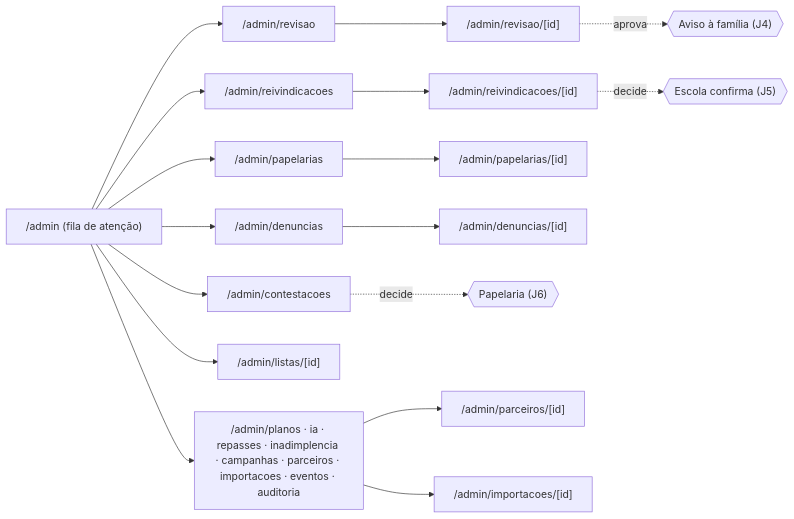
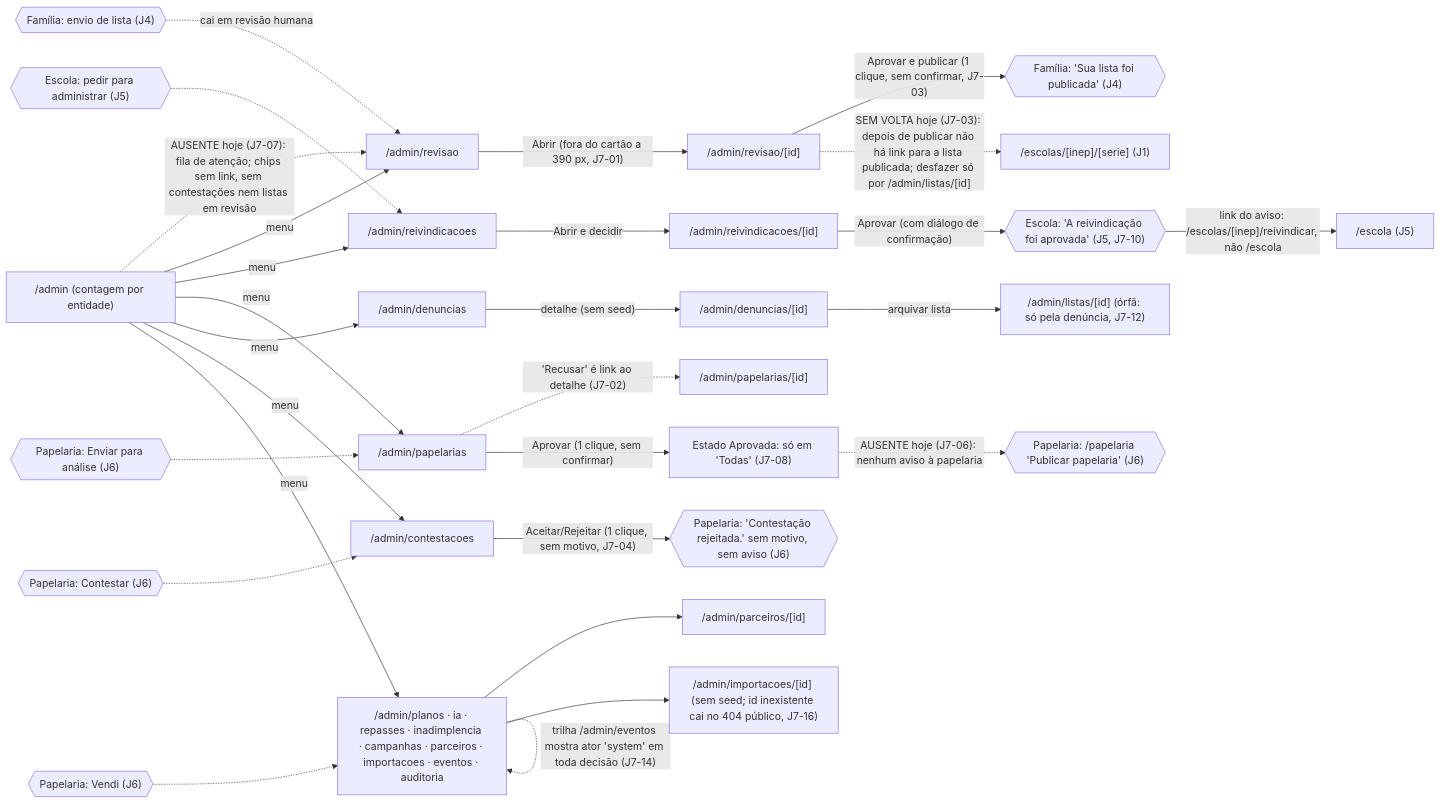
One commit to mzinhoww-svg/listaescolar changed the seventh of 9 diagrams in docs/revisao-total/fluxos.md. Above: the diagram before and after it, drawn with Mermaid. The commit also changed other lines of this file and 22 other files, not shown here.

````diff
--- a/docs/revisao-total/fluxos.md
+++ b/docs/revisao-total/fluxos.md
@@ -163,19 +165,30 @@
 ```mermaid
 flowchart LR
-  admin["/admin (fila de atenção)"] --> revisao["/admin/revisao"]
-  revisao --> revitem["/admin/revisao/[id]"]
-  revitem -.->|"aprova"| aviso{{"Aviso à família (J4)"}}
-  admin --> reiv["/admin/reivindicacoes"]
-  reiv --> reivitem["/admin/reivindicacoes/[id]"]
-  reivitem -.->|"decide"| escola{{"Escola confirma (J5)"}}
-  admin --> pap["/admin/papelarias"]
-  pap --> papitem["/admin/papelarias/[id]"]
-  admin --> den["/admin/denuncias"]
-  den --> denitem["/admin/denuncias/[id]"]
-  admin --> cont["/admin/contestacoes"]
-  cont -.->|"decide"| papelaria{{"Papelaria (J6)"}}
-  admin --> listas["/admin/listas/[id]"]
-  admin --> resto["/admin/planos · ia · repasses · inadimplencia · campanhas · parceiros · importacoes · eventos · auditoria"]
+  admin["/admin (contagem por entidade)"] -. "AUSENTE hoje (J7-07): fila de atenção; chips sem link, sem contestações nem listas em revisão" .-> revisao
+  admin -->|"menu"| revisao["/admin/revisao"]
+  familiaenv{{"Família: envio de lista (J4)"}} -.->|"cai em revisão humana"| revisao
+  revisao -->|"Abrir (fora do cartão a 390 px, J7-01)"| revitem["/admin/revisao/[id]"]
+  revitem -->|"Aprovar e publicar (1 clique, sem confirmar, J7-03)"| aviso{{"Família: 'Sua lista foi publicada' (J4)"}}
+  revitem -. "SEM VOLTA hoje (J7-03): depois de publicar não há link para a lista publicada; desfazer só por /admin/listas/[id]" .-> listapub["/escolas/[inep]/[serie] (J1)"]
+  admin -->|"menu"| reiv["/admin/reivindicacoes"]
+  escolapedido{{"Escola: pedir para administrar (J5)"}} -.-> reiv
+  reiv -->|"Abrir e decidir"| reivitem["/admin/reivindicacoes/[id]"]
+  reivitem -->|"Aprovar (com diálogo de confirmação)"| escola{{"Escola: 'A reivindicação foi aprovada' (J5, J7-10)"}}
+  escola -->|"link do aviso: /escolas/[inep]/reivindicar, não /escola"| painelescola["/escola (J5)"]
+  admin -->|"menu"| pap["/admin/papelarias"]
+  cadpap{{"Papelaria: Enviar para análise (J6)"}} -.-> pap
+  pap -. "'Recusar' é link ao detalhe (J7-02)" .-> papitem["/admin/papelarias/[id]"]
+  pap -->|"Aprovar (1 clique, sem confirmar)"| aprovada["Estado Aprovada: só em 'Todas' (J7-08)"]
+  aprovada -. "AUSENTE hoje (J7-06): nenhum aviso à papelaria" .-> painelpap{{"Papelaria: /papelaria 'Publicar papelaria' (J6)"}}
+  admin -->|"menu"| den["/admin/denuncias"]
+  den -->|"detalhe (sem seed)"| denitem["/admin/denuncias/[id]"]
+  denitem -->|"arquivar lista"| listas["/admin/listas/[id] (órfã: só pela denúncia, J7-12)"]
+  admin -->|"menu"| cont["/admin/contestacoes"]
+  papelariacont{{"Papelaria: Contestar (J6)"}} -.-> cont
+  cont -->|"Aceitar/Rejeitar (1 clique, sem motivo, J7-04)"| papelaria{{"Papelaria: 'Contestação rejeitada.' sem motivo, sem aviso (J6)"}}
+  admin -->|"menu"| resto["/admin/planos · ia · repasses · inadimplencia · campanhas · parceiros · importacoes · eventos · auditoria"]
+  vendas{{"Papelaria: Vendi (J6)"}} -.-> resto
   resto --> parc["/admin/parceiros/[id]"]
-  resto --> imp["/admin/importacoes/[id]"]
+  resto --> imp["/admin/importacoes/[id] (sem seed; id inexistente cai no 404 público, J7-16)"]
+  resto -. "trilha /admin/eventos mostra ator 'system' em toda decisão (J7-14)" .-> resto
 ```
````
